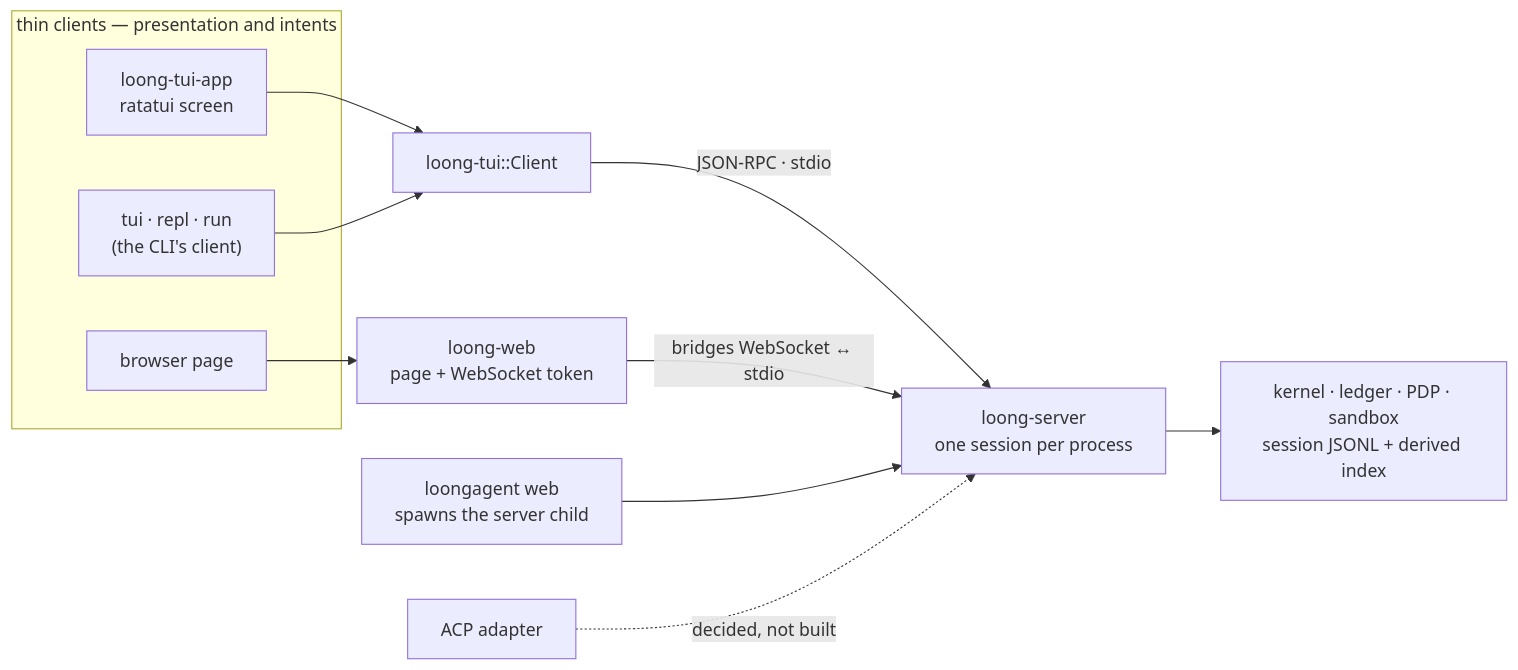
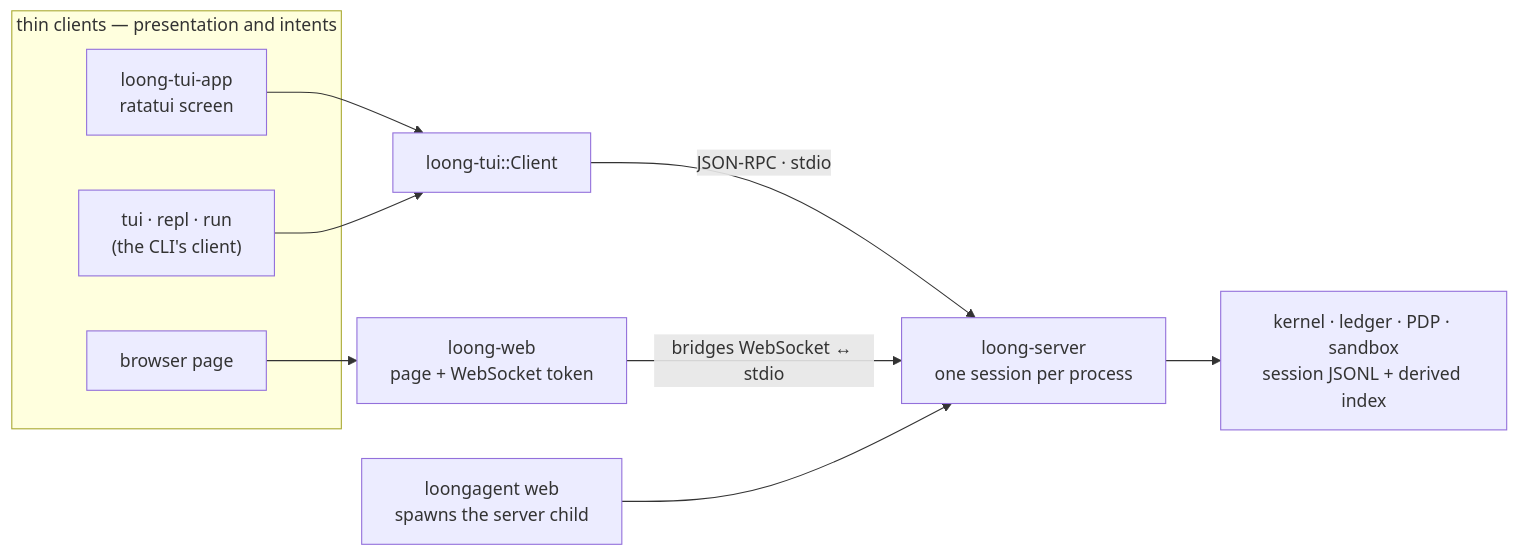
The diagram in docs/design/surfaces.md (fengchangfight/loongagent), drawn with Mermaid before and after one commit. The commit also changed other lines of this file and 3 other files, not shown here.

````diff
--- a/docs/design/surfaces.md
+++ b/docs/design/surfaces.md
@@ -203,16 +205,15 @@
 ```mermaid
 flowchart LR
     subgraph thin["thin clients — presentation and intents"]
         TUIAPP["loong-tui-app<br/>ratatui screen"]
         PAGE["browser page"]
         CLICLIENT["tui · repl · run<br/>(the CLI's client)"]
     end
     TUIAPP --> TUICLIENT["loong-tui::Client"]
     CLICLIENT --> TUICLIENT
     PAGE --> WEB["loong-web<br/>page + WebSocket token"]
     TUICLIENT -->|"JSON-RPC · stdio"| SERVER["loong-server<br/>one session per process"]
     WEB -->|"bridges WebSocket ↔ stdio"| SERVER
     CLIWEB["loongagent web<br/>spawns the server child"] --> SERVER
     SERVER --> KERNEL["kernel · ledger · PDP · sandbox<br/>session JSONL + derived index"]
-    ACP["ACP adapter"] -.->|"decided, not built"| SERVER
 ```
````
